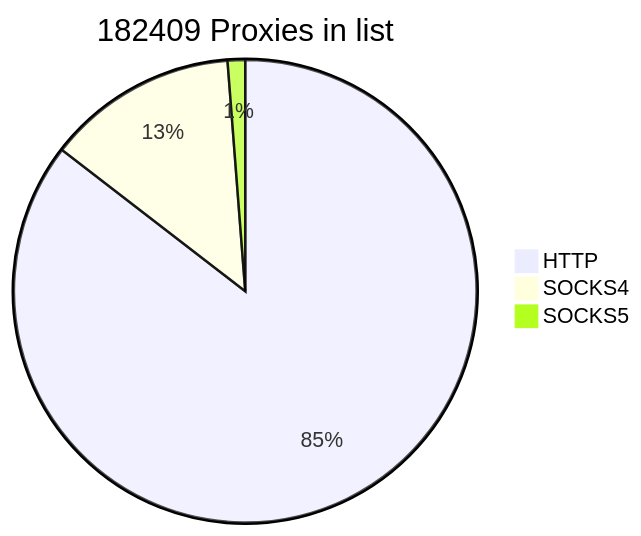
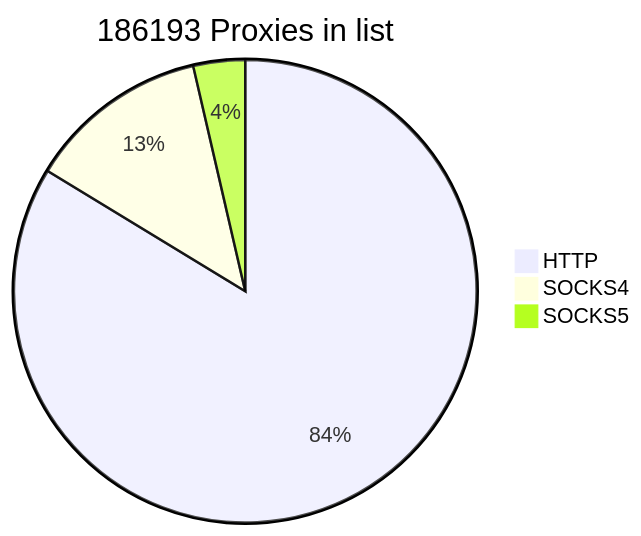
One commit to cutipu/proxylist changed the first of 2 diagrams in README.md. Above: the diagram before and after it, drawn with Mermaid. The commit also changed other lines of this file, not shown here.

````diff
--- a/README.md
+++ b/README.md
@@ -2,7 +2,7 @@
 ```mermaid
-pie title 182409 Proxies in list
-    "HTTP" : 155875
-    "SOCKS4" : 24301
-    "SOCKS5" : 2233
+pie title 186193 Proxies in list
+    "HTTP" : 155852
+    "SOCKS4" : 23610
+    "SOCKS5" : 6731
             
 ```
````
